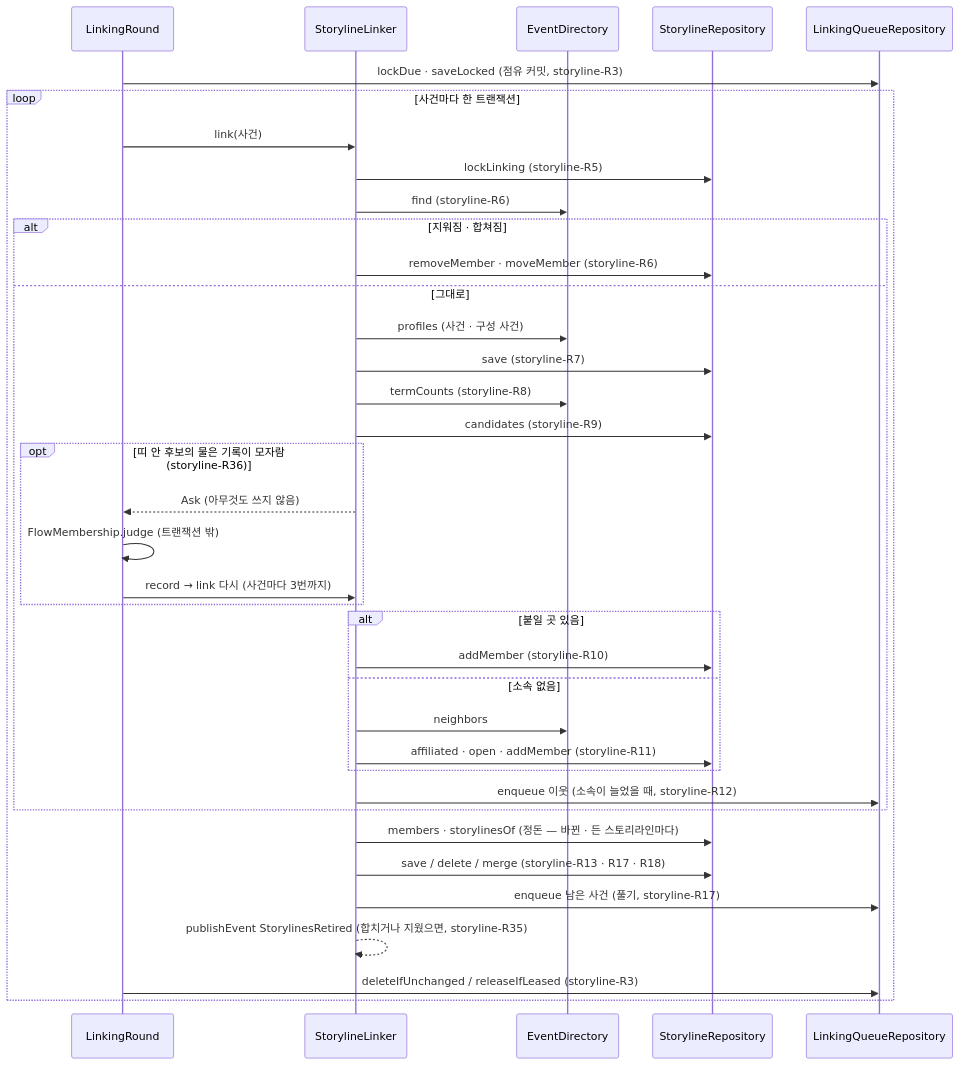
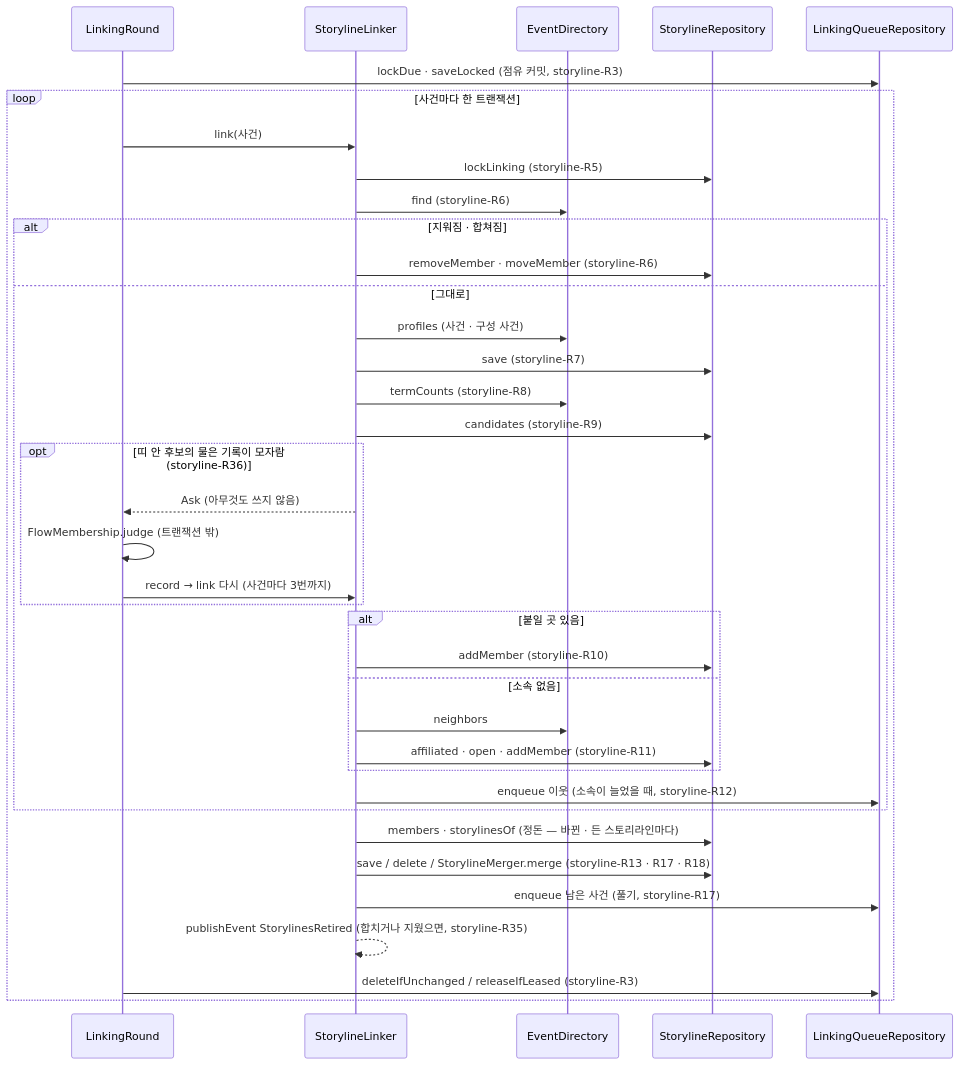
One commit to Theia0382/yozm-news changed the diagram in docs/specs/storyline.md. Above: the diagram before and after it, drawn with Mermaid. The commit also changed other lines of this file and 26 other files, not shown here.

````diff
--- a/docs/specs/storyline.md
+++ b/docs/specs/storyline.md
@@ -340,39 +359,39 @@
 ```mermaid
 sequenceDiagram
     participant R as LinkingRound
     participant L as StorylineLinker
     participant D as EventDirectory
     participant S as StorylineRepository
     participant Q as LinkingQueueRepository
     R->>Q: lockDue · saveLocked (점유 커밋, storyline-R3)
     loop 사건마다 한 트랜잭션
         R->>L: link(사건)
         L->>S: lockLinking (storyline-R5)
         L->>D: find (storyline-R6)
         alt 지워짐 · 합쳐짐
             L->>S: removeMember · moveMember (storyline-R6)
         else 그대로
             L->>D: profiles (사건 · 구성 사건)
             L->>S: save (storyline-R7)
             L->>D: termCounts (storyline-R8)
             L->>S: candidates (storyline-R9)
             opt 띠 안 후보의 물은 기록이 모자람 (storyline-R36)
                 L-->>R: Ask (아무것도 쓰지 않음)
                 R->>R: FlowMembership.judge (트랜잭션 밖)
                 R->>L: record → link 다시 (사건마다 3번까지)
             end
             alt 붙일 곳 있음
                 L->>S: addMember (storyline-R10)
             else 소속 없음
                 L->>D: neighbors
                 L->>S: affiliated · open · addMember (storyline-R11)
             end
             L->>Q: enqueue 이웃 (소속이 늘었을 때, storyline-R12)
         end
         L->>S: members · storylinesOf (정돈 — 바뀐 · 든 스토리라인마다)
-        L->>S: save / delete / merge (storyline-R13 · R17 · R18)
+        L->>S: save / delete / StorylineMerger.merge (storyline-R13 · R17 · R18)
         L->>Q: enqueue 남은 사건 (풀기, storyline-R17)
         L-->>L: publishEvent StorylinesRetired (합치거나 지웠으면, storyline-R35)
         R->>Q: deleteIfUnchanged / releaseIfLeased (storyline-R3)
     end
 ```
````
